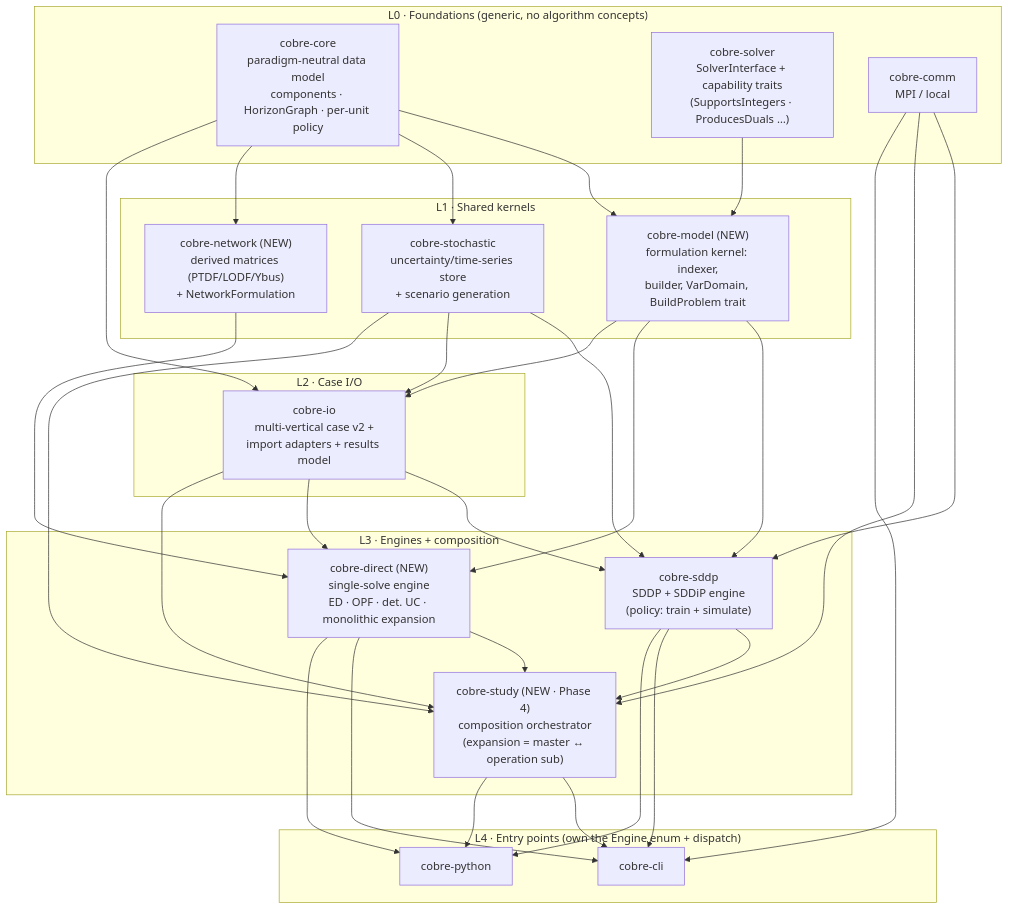
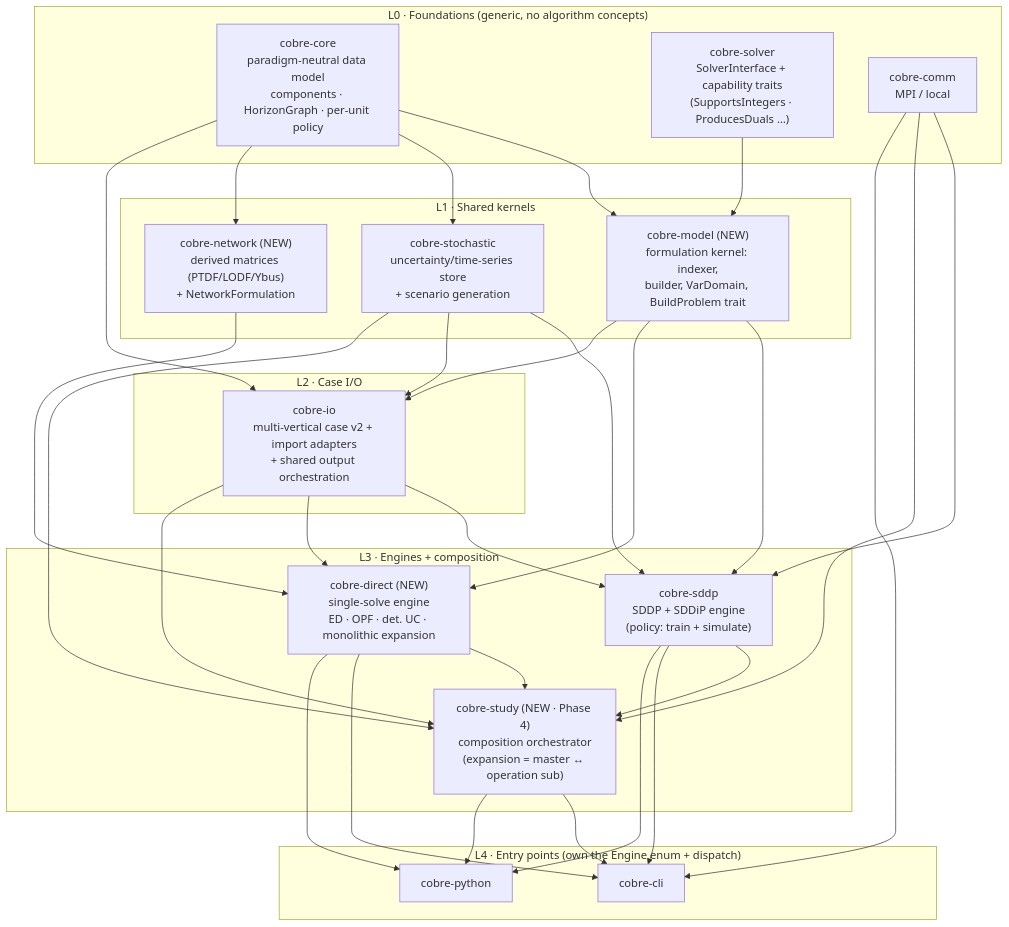
One commit to Myria-solucoes/cobre changed the second of 2 diagrams in docs/design/generalizing/beyond-sddp-generalization.md. Above: the diagram before and after it, drawn with Mermaid. The commit also changed other lines of this file and 12 other files, not shown here.

````diff
--- a/docs/design/generalizing/beyond-sddp-generalization.md
+++ b/docs/design/generalizing/beyond-sddp-generalization.md
@@ -981,52 +1124,52 @@
 ```mermaid
 graph TD
     subgraph L0["L0 · Foundations (generic, no algorithm concepts)"]
         core["cobre-core<br/>paradigm-neutral data model<br/>components · HorizonGraph · per-unit policy"]
         solver["cobre-solver<br/>SolverInterface + capability traits<br/>(SupportsIntegers · ProducesDuals …)"]
         comm["cobre-comm<br/>MPI / local"]
     end
     subgraph L1["L1 · Shared kernels"]
         model["cobre-model (NEW)<br/>formulation kernel: indexer,<br/>builder, VarDomain, BuildProblem trait"]
         stoch["cobre-stochastic<br/>uncertainty/time-series store<br/>+ scenario generation"]
         net["cobre-network (NEW)<br/>derived matrices (PTDF/LODF/Ybus)<br/>+ NetworkFormulation"]
     end
     subgraph L2["L2 · Case I/O"]
-        io["cobre-io<br/>multi-vertical case v2 +<br/>import adapters + results model"]
+        io["cobre-io<br/>multi-vertical case v2 + import adapters<br/>+ shared output orchestration"]
     end
     subgraph L3["L3 · Engines + composition"]
         sddp["cobre-sddp<br/>SDDP + SDDiP engine<br/>(policy: train + simulate)"]
         direct["cobre-direct (NEW)<br/>single-solve engine<br/>ED · OPF · det. UC · monolithic expansion"]
         study["cobre-study (NEW · Phase 4)<br/>composition orchestrator<br/>(expansion = master ↔ operation sub)"]
     end
     subgraph L4["L4 · Entry points (own the Engine enum + dispatch)"]
         cli["cobre-cli"]
         py["cobre-python"]
     end
 
     core --> model
     solver --> model
     core --> stoch
     core --> net
     model --> sddp
     model --> direct
     stoch --> sddp
     net --> direct
     core --> io
     stoch --> io
     io --> sddp
     io --> direct
     sddp --> study
     direct --> study
     stoch --> study
     io --> study
     model --> io
     comm --> sddp
     comm --> study
     comm --> cli
     sddp --> cli
     direct --> cli
     study --> cli
     sddp --> py
     direct --> py
     study --> py
 ```
````
